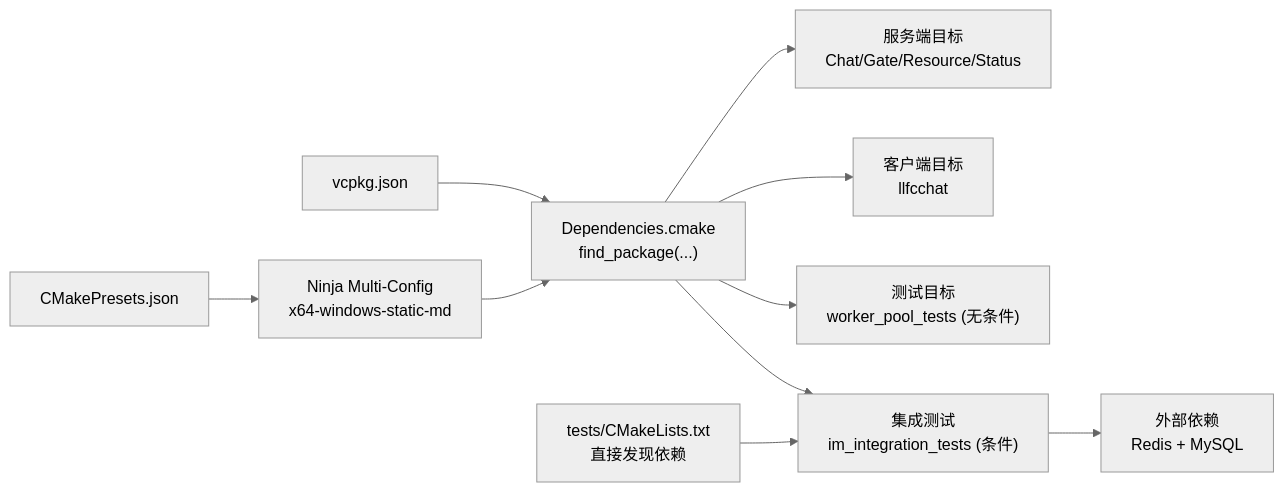
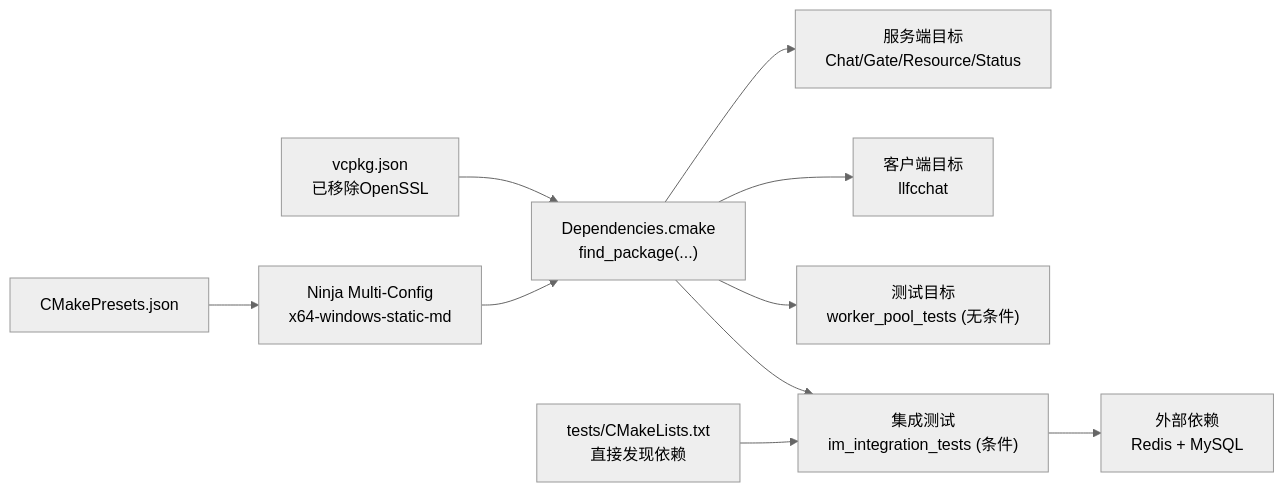
Before and after one commit to echo9923/mychatter: the fifth of 5 diagrams in .qoder/repowiki/zh/content/部署运维/服务部署/构建系统.md, drawn with Mermaid (neutral theme). The commit also changed other lines of this file and 58 other files, not shown here.

````diff
--- a/.qoder/repowiki/zh/content/部署运维/服务部署/构建系统.md
+++ b/.qoder/repowiki/zh/content/部署运维/服务部署/构建系统.md
@@ -326,12 +335,12 @@
 ```mermaid
 graph LR
-V["vcpkg.json"] --> D["Dependencies.cmake<br/>find_package(...)"]
+V["vcpkg.json<br/>已移除OpenSSL"] --> D["Dependencies.cmake<br/>find_package(...)"]
 D --> Srv["服务端目标<br/>Chat/Gate/Resource/Status"]
 D --> Cli["客户端目标<br/>llfcchat"]
 D --> Test["测试目标<br/>worker_pool_tests (无条件)"]
 D --> IntTest["集成测试<br/>im_integration_tests (条件)"]
 IT["tests/CMakeLists.txt<br/>直接发现依赖"] --> IntTest
 P["CMakePresets.json"] --> Gen["Ninja Multi-Config<br/>x64-windows-static-md"]
 Gen --> D
 IntTest --> Ext["外部依赖<br/>Redis + MySQL"]
 ```
````
